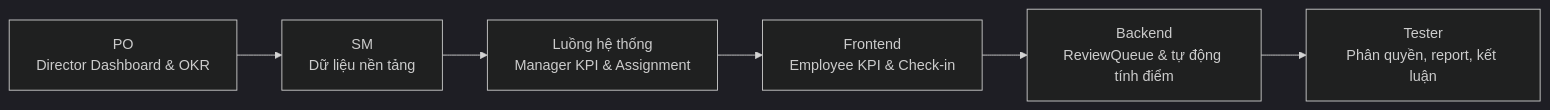
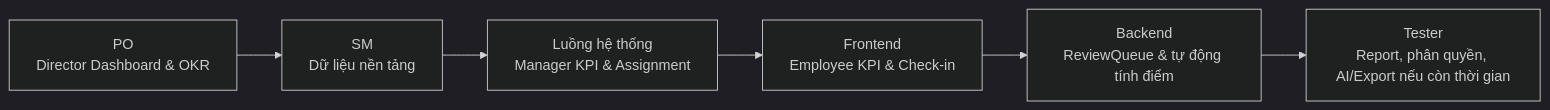
Before and after one commit to nhubui2008/Manage-KPI-or-OKR-System: the first of 2 diagrams in docs/DEMO_FLOW_6_MEMBERS.md, drawn with Mermaid (dark theme). The commit also changed other lines of this file and 1 other file, not shown here.

Commit message:
docs: add demo flow documentation and presentation slide deck for VietMach KPI/OKR system

````diff
--- a/docs/DEMO_FLOW_6_MEMBERS.md
+++ b/docs/DEMO_FLOW_6_MEMBERS.md
@@ -98,8 +114,8 @@
 ```mermaid
 flowchart LR
     A["PO<br/>Director Dashboard & OKR"] --> B["SM<br/>Dữ liệu nền tảng"]
     B --> C["Luồng hệ thống<br/>Manager KPI & Assignment"]
     C --> D["Frontend<br/>Employee KPI & Check-in"]
     D --> E["Backend<br/>ReviewQueue & tự động tính điểm"]
-    E --> F["Tester<br/>Phân quyền, report, kết luận"]
+    E --> F["Tester<br/>Report, phân quyền, AI/Export nếu còn thời gian"]
 ```
````
